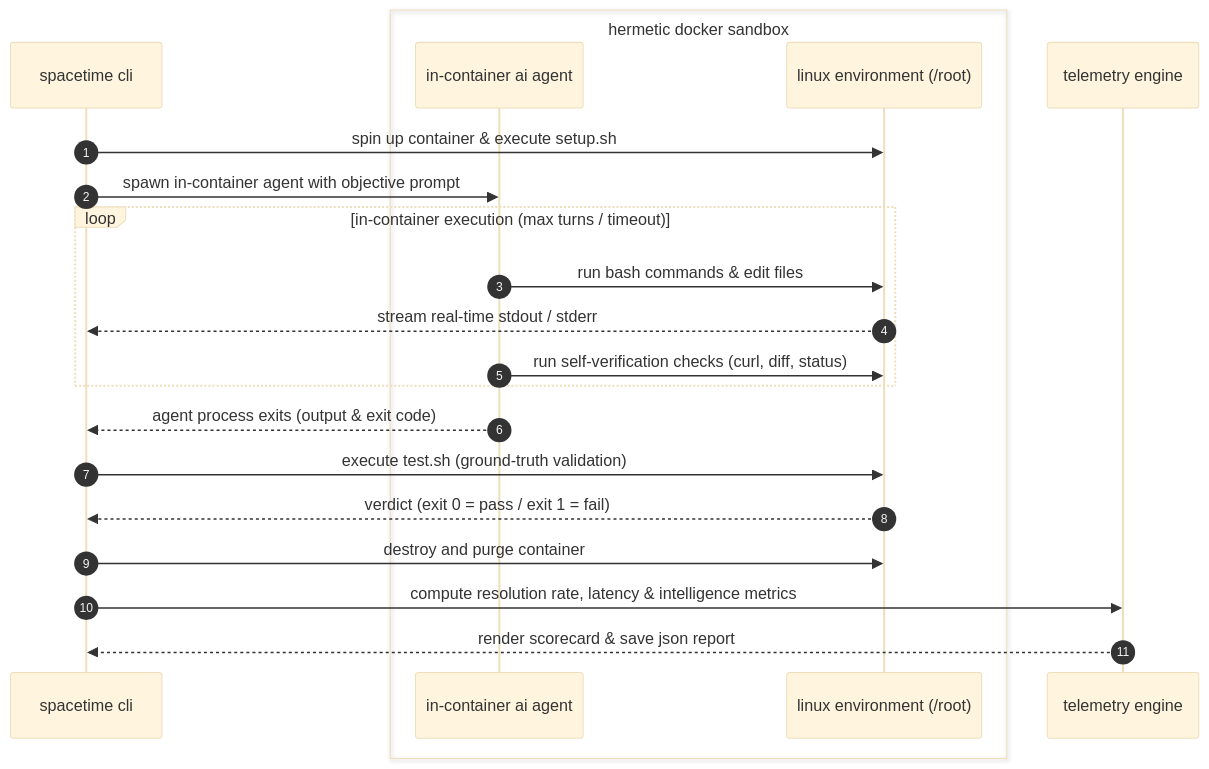
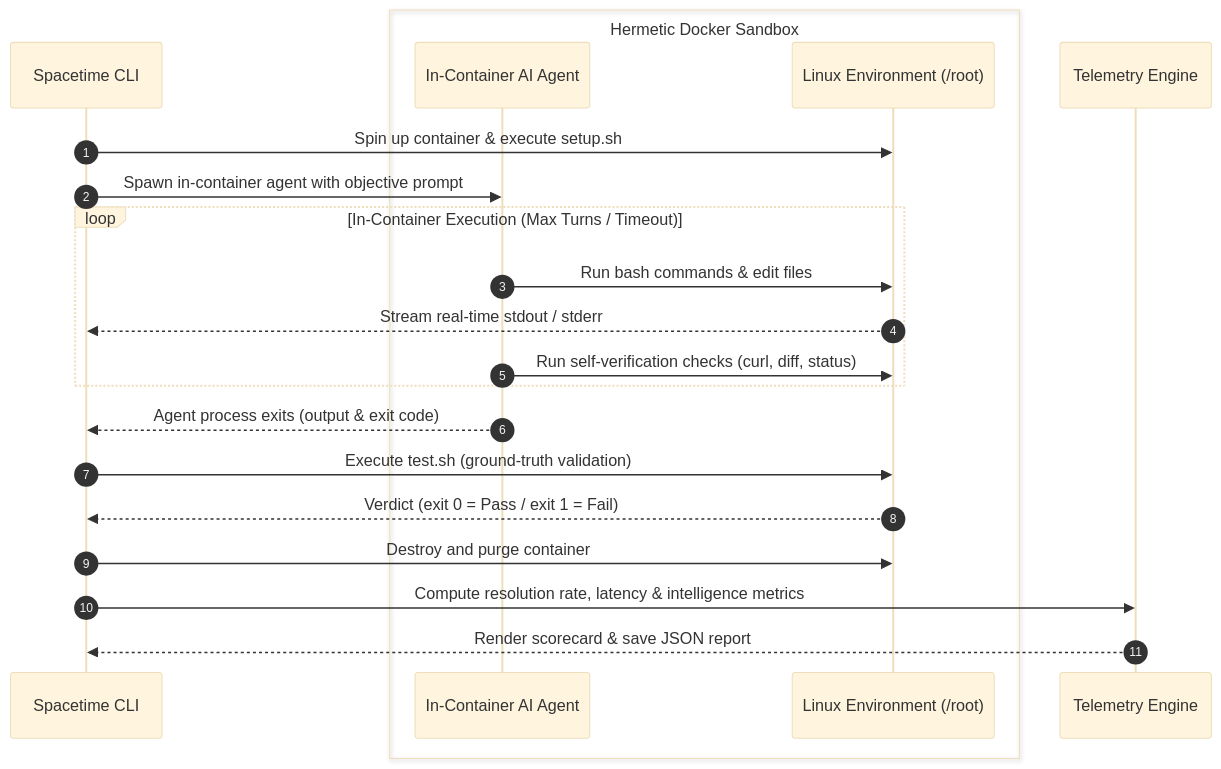
Before and after one commit to phasehumans/spacetime: the diagram in README.md, drawn with Mermaid (base theme). The commit also changed other lines of this file, not shown here.

Commit message:
fix: tui glitch and sandbox script

````diff
--- a/README.md
+++ b/README.md
@@ -32,27 +32,27 @@
 ```mermaid
 sequenceDiagram
     autonumber
-    participant CLI as spacetime cli
-    box hermetic docker sandbox
-        participant Agent as in-container ai agent
-        participant Env as linux environment (/root)
+    participant CLI as Spacetime CLI
+    box Hermetic Docker Sandbox
+        participant Agent as In-Container AI Agent
+        participant Env as Linux Environment (/root)
     end
-    participant Telemetry as telemetry engine
+    participant Telemetry as Telemetry Engine
 
-    CLI->>Env: spin up container & execute setup.sh
-    CLI->>Agent: spawn in-container agent with objective prompt
+    CLI->>Env: Spin up container & execute setup.sh
+    CLI->>Agent: Spawn in-container agent with objective prompt
     
-    loop in-container execution (max turns / timeout)
-        Agent->>Env: run bash commands & edit files
-        Env-->>CLI: stream real-time stdout / stderr
-        Agent->>Env: run self-verification checks (curl, diff, status)
+    loop In-Container Execution (Max Turns / Timeout)
+        Agent->>Env: Run bash commands & edit files
+        Env-->>CLI: Stream real-time stdout / stderr
+        Agent->>Env: Run self-verification checks (curl, diff, status)
     end
-    Agent-->>CLI: agent process exits (output & exit code)
+    Agent-->>CLI: Agent process exits (output & exit code)
 
-    CLI->>Env: execute test.sh (ground-truth validation)
-    Env-->>CLI: verdict (exit 0 = pass / exit 1 = fail)
-    CLI->>Env: destroy and purge container
+    CLI->>Env: Execute test.sh (ground-truth validation)
+    Env-->>CLI: Verdict (exit 0 = Pass / exit 1 = Fail)
+    CLI->>Env: Destroy and purge container
 
-    CLI->>Telemetry: compute resolution rate, latency & intelligence metrics
-    Telemetry-->>CLI: render scorecard & save json report
+    CLI->>Telemetry: Compute resolution rate, latency & intelligence metrics
+    Telemetry-->>CLI: Render scorecard & save JSON report
 ```
````
